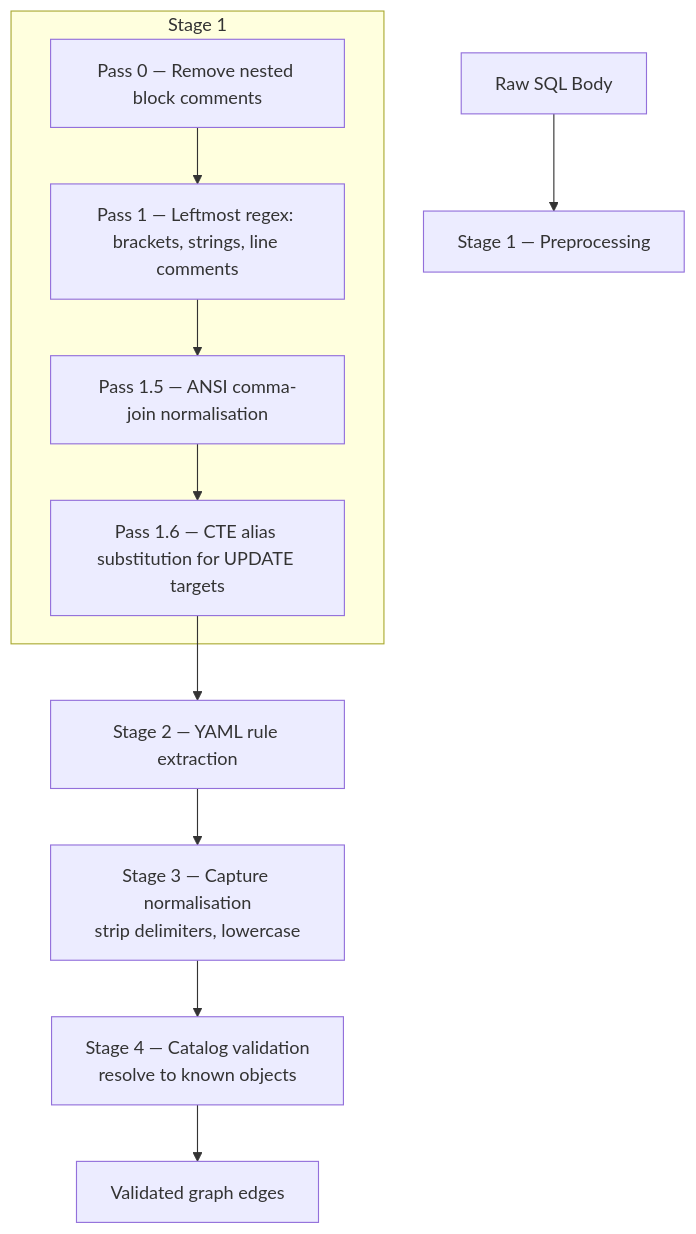
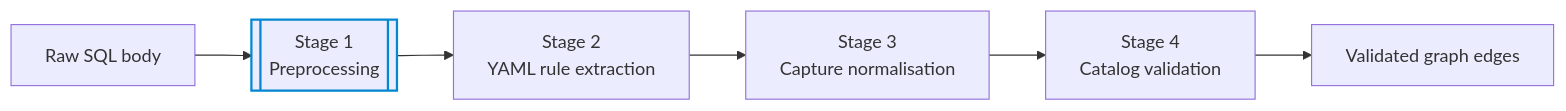
The first of 2 diagrams in docs/PARSE_RULES.md (ChrisDevRepo/vscode_data_lineage), drawn with Mermaid before and after one commit. The commit also changed other lines of this file and 9 other files, not shown here.

First line of the commit message:
docs+chore: update prompt-architecture references for sections schema

````diff
--- a/docs/PARSE_RULES.md
+++ b/docs/PARSE_RULES.md
@@ -16,15 +18,10 @@
 ```mermaid
-flowchart TD
-    A[Raw SQL Body] --> B[Stage 1 — Preprocessing]
-    subgraph S1 [Stage 1]
-        B1[Pass 0 — Remove nested block comments]
-        B2[Pass 1 — Leftmost regex: brackets, strings, line comments]
-        B3[Pass 1.5 — ANSI comma-join normalisation]
-        B4[Pass 1.6 — CTE alias substitution for UPDATE targets]
-        B1 --> B2 --> B3 --> B4
-    end
-    B4 --> C[Stage 2 — YAML rule extraction]
-    C --> D[Stage 3 — Capture normalisation<br/>strip delimiters, lowercase]
-    D --> E[Stage 4 — Catalog validation<br/>resolve to known objects]
+flowchart LR
+    A[Raw SQL body] --> B[[Stage 1<br/>Preprocessing]]
+    B --> C[Stage 2<br/>YAML rule extraction]
+    C --> D[Stage 3<br/>Capture normalisation]
+    D --> E[Stage 4<br/>Catalog validation]
     E --> F[Validated graph edges]
+
+    style B stroke:#0288d1,stroke-width:2px
 ```
````
